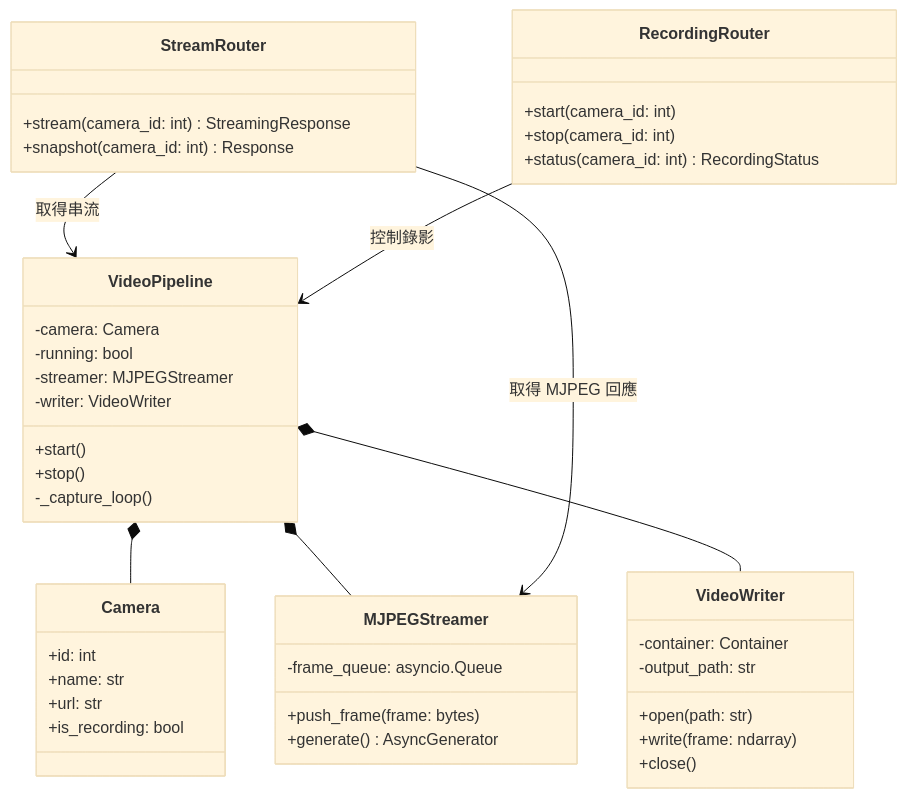
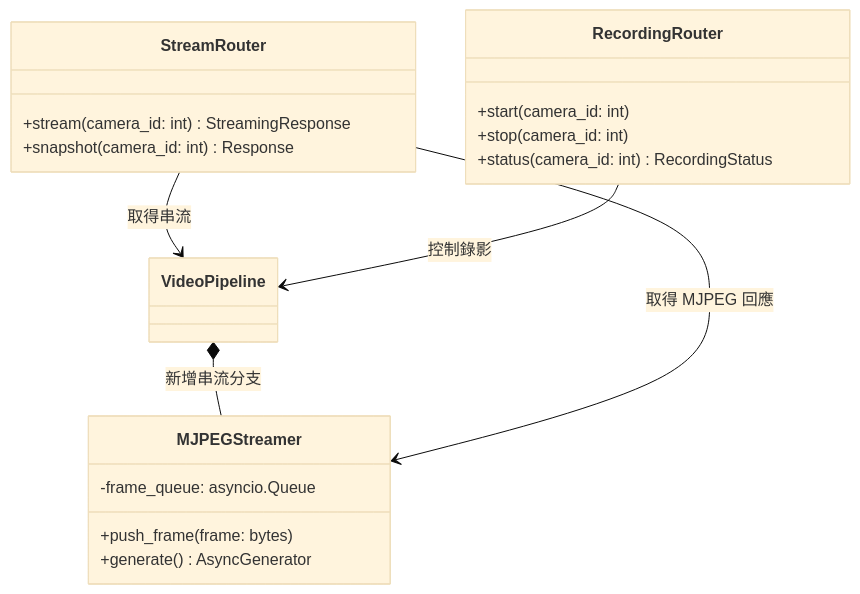
One commit to CK642509/FastAPI-NVR changed the second of 6 diagrams in docs/ooa.md. Above: the diagram before and after it, drawn with Mermaid (base theme). The commit also changed other lines of this file and 2 other files, not shown here.

Commit message:
chore: 調整規格

````diff
--- a/docs/ooa.md
+++ b/docs/ooa.md
@@ -11,51 +51,24 @@
 ```mermaid
 classDiagram
-    class Camera {
-        +id: int
-        +name: str
-        +url: str
-        +is_recording: bool
-    }
-
-    class VideoPipeline {
-        -camera: Camera
-        -running: bool
-        -streamer: MJPEGStreamer
-        -writer: VideoWriter
-        +start()
-        +stop()
-        -_capture_loop()
-    }
-
     class MJPEGStreamer {
         -frame_queue: asyncio.Queue
         +push_frame(frame: bytes)
         +generate() AsyncGenerator
-    }
-
-    class VideoWriter {
-        -container: Container
-        -output_path: str
-        +open(path: str)
-        +write(frame: ndarray)
-        +close()
     }
 
     class StreamRouter {
         +stream(camera_id: int) StreamingResponse
         +snapshot(camera_id: int) Response
     }
 
     class RecordingRouter {
         +start(camera_id: int)
         +stop(camera_id: int)
         +status(camera_id: int) RecordingStatus
     }
 
-    VideoPipeline *-- Camera
-    VideoPipeline *-- MJPEGStreamer
-    VideoPipeline *-- VideoWriter
+    VideoPipeline *-- MJPEGStreamer : 新增串流分支
     StreamRouter --> VideoPipeline : 取得串流
     StreamRouter --> MJPEGStreamer : 取得 MJPEG 回應
     RecordingRouter --> VideoPipeline : 控制錄影
 ```
````
